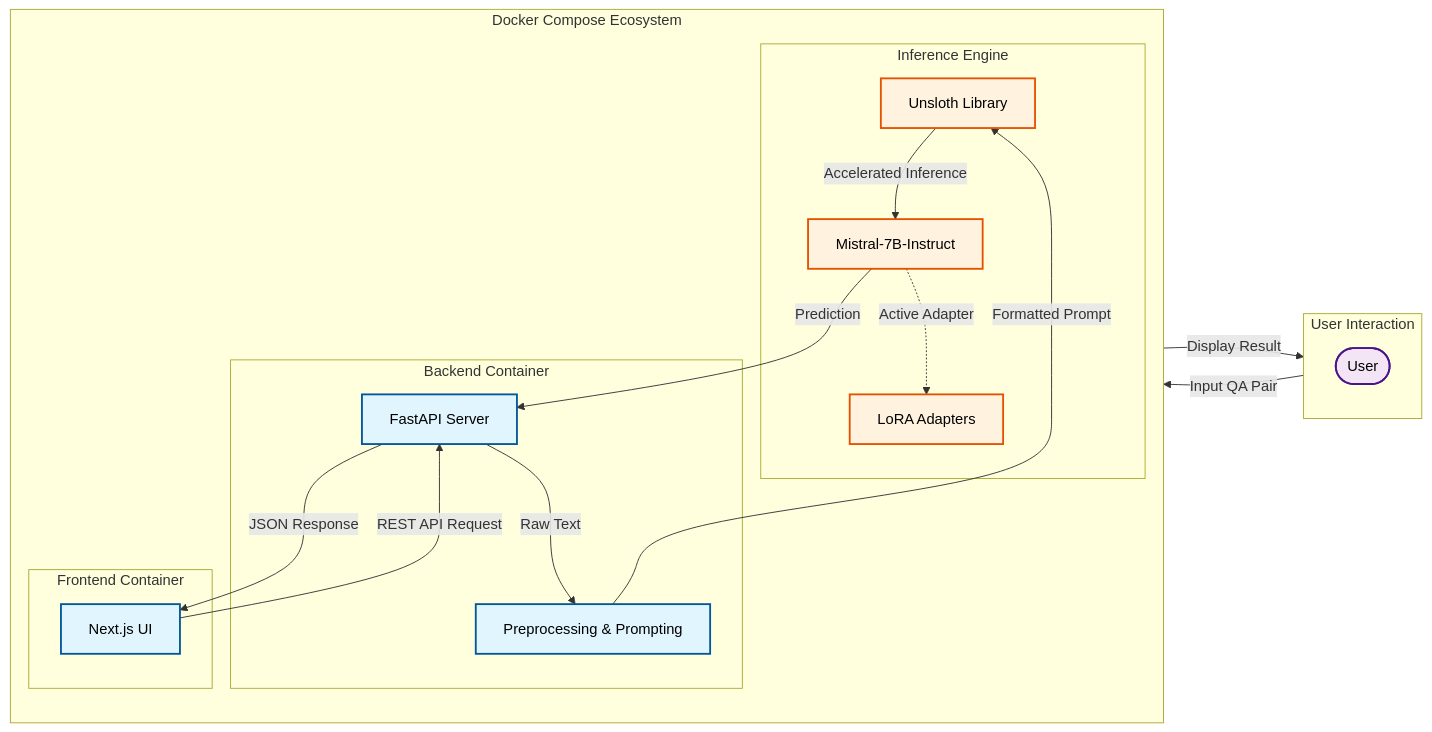
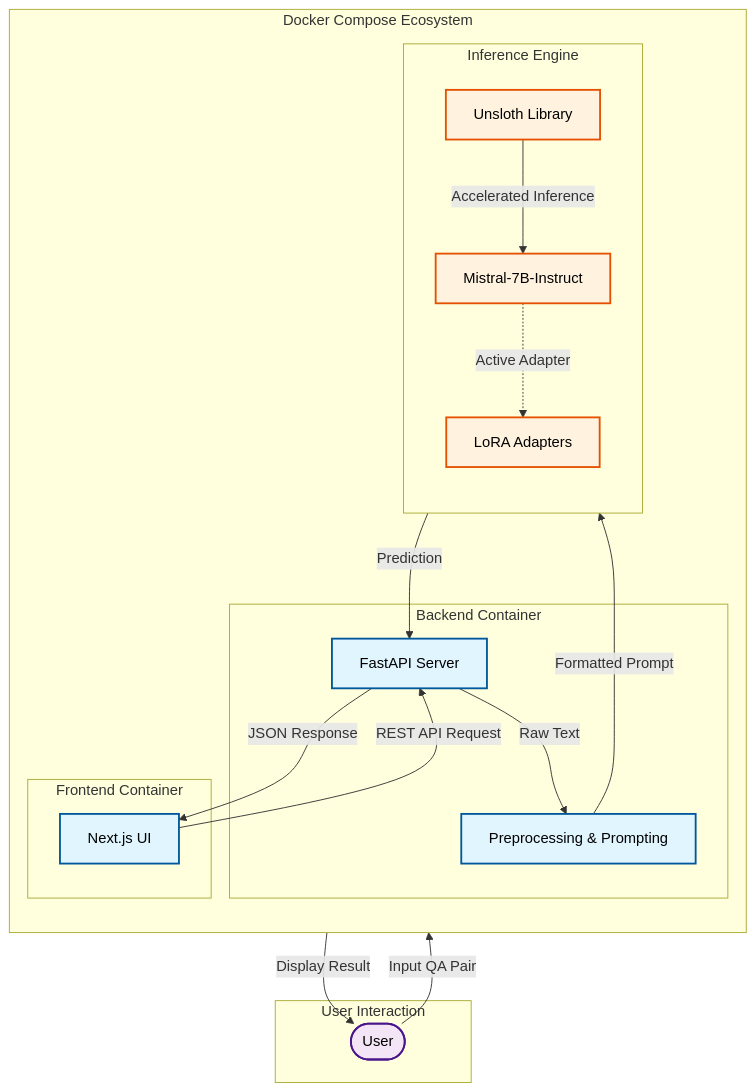
Before and after one commit to ostriftis/clarity-app: the diagram in README.md, drawn with Mermaid. The commit also changed other lines of this file, not shown here.

````diff
--- a/README.md
+++ b/README.md
@@ -41,47 +33,47 @@
 ```mermaid
-graph LR
+graph TD
     %% Define Nodes inside Subgraphs
     subgraph User_Layer [User Interaction]
-        direction TB
         U([User])
     end
 
     subgraph Docker_Eco [Docker Compose Ecosystem]
         direction TB
         
         subgraph FE [Frontend Container]
             Next[Next.js UI]
         end
 
         subgraph BE [Backend Container]
             API[FastAPI Server]
             Logic[Preprocessing & Prompting]
         end
 
         subgraph Model_Engine [Inference Engine]
+            direction TB
             Unsloth[Unsloth Library]
             Mistral[Mistral-7B-Instruct]
             LoRA[LoRA Adapters]
         end
     end
 
     %% Data Flow Connections
     U -->|Input QA Pair| Next
     Next -->|REST API Request| API
     API -->|Raw Text| Logic
     Logic -->|Formatted Prompt| Unsloth
     Unsloth -->|Accelerated Inference| Mistral
     Mistral -.->|Active Adapter| LoRA
     Mistral -->|Prediction| API
     API -->|JSON Response| Next
     Next -->|Display Result| U
 
-    %% Styling (Applied at the end to prevent errors)
+    %% Styling
     classDef container fill:#e1f5fe,stroke:#01579b,stroke-width:2px,color:#000;
     classDef model fill:#fff3e0,stroke:#e65100,stroke-width:2px,color:#000;
     classDef user fill:#f3e5f5,stroke:#4a148c,stroke-width:2px,color:#000;
 
     class U user;
     class Next,API,Logic container;
     class Unsloth,Mistral,LoRA model;
 ```
````
